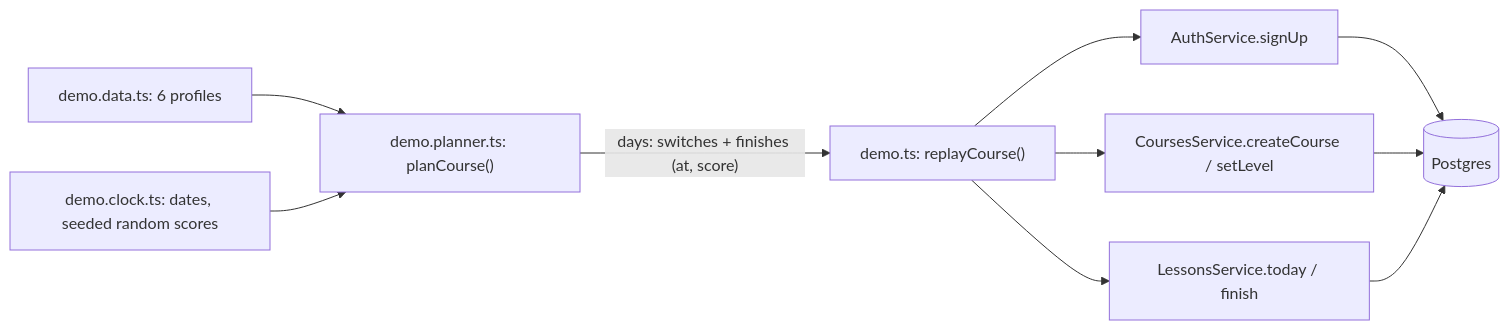
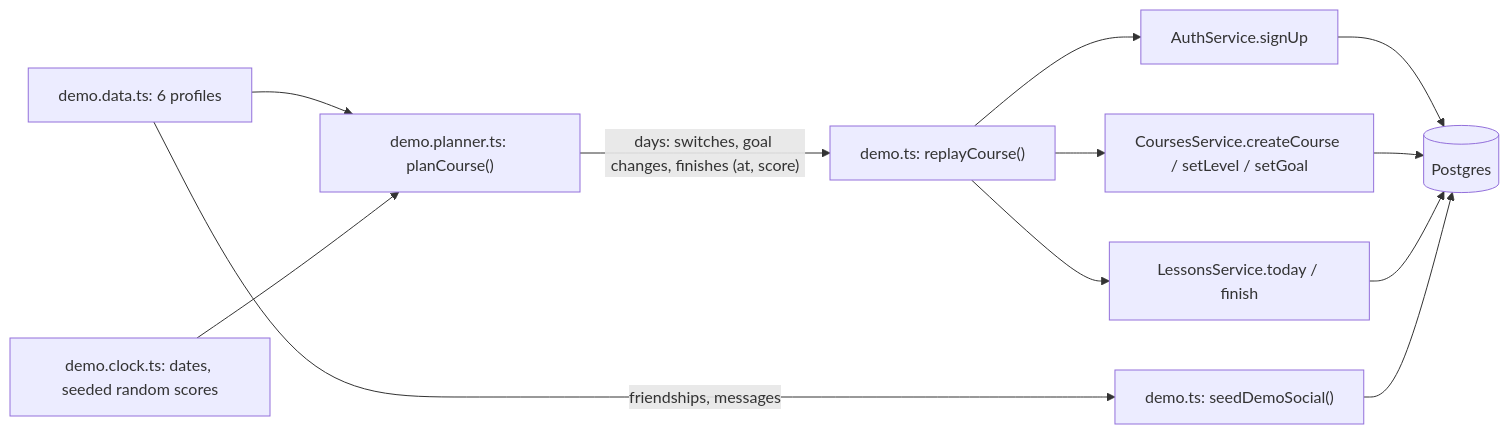
Before and after one commit to VictorBro/ft_transcendence: the ninth of 9 diagrams in docs/api/09-social-and-realtime.md, drawn with Mermaid. The commit also changed other lines of this file and 223 other files, not shown here.

````diff
--- a/docs/api/09-social-and-realtime.md
+++ b/docs/api/09-social-and-realtime.md
@@ -1339,12 +1411,14 @@
 ```mermaid
 flowchart LR
     DATA["demo.data.ts: 6 profiles"] --> PLAN["demo.planner.ts: planCourse()"]
     CLOCK["demo.clock.ts: dates, seeded random scores"] --> PLAN
-    PLAN -->|"days: switches + finishes (at, score)"| REPLAY["demo.ts: replayCourse()"]
+    PLAN -->|"days: switches, goal changes, finishes (at, score)"| REPLAY["demo.ts: replayCourse()"]
     REPLAY --> AUTH["AuthService.signUp"]
-    REPLAY --> COURSES["CoursesService.createCourse / setLevel"]
+    REPLAY --> COURSES["CoursesService.createCourse / setLevel / setGoal"]
     REPLAY --> LESSONS["LessonsService.today / finish"]
+    DATA -->|"friendships, messages"| SOCIAL["demo.ts: seedDemoSocial()"]
     AUTH --> DB[("Postgres")]
     COURSES --> DB
     LESSONS --> DB
+    SOCIAL --> DB
 ```
````
